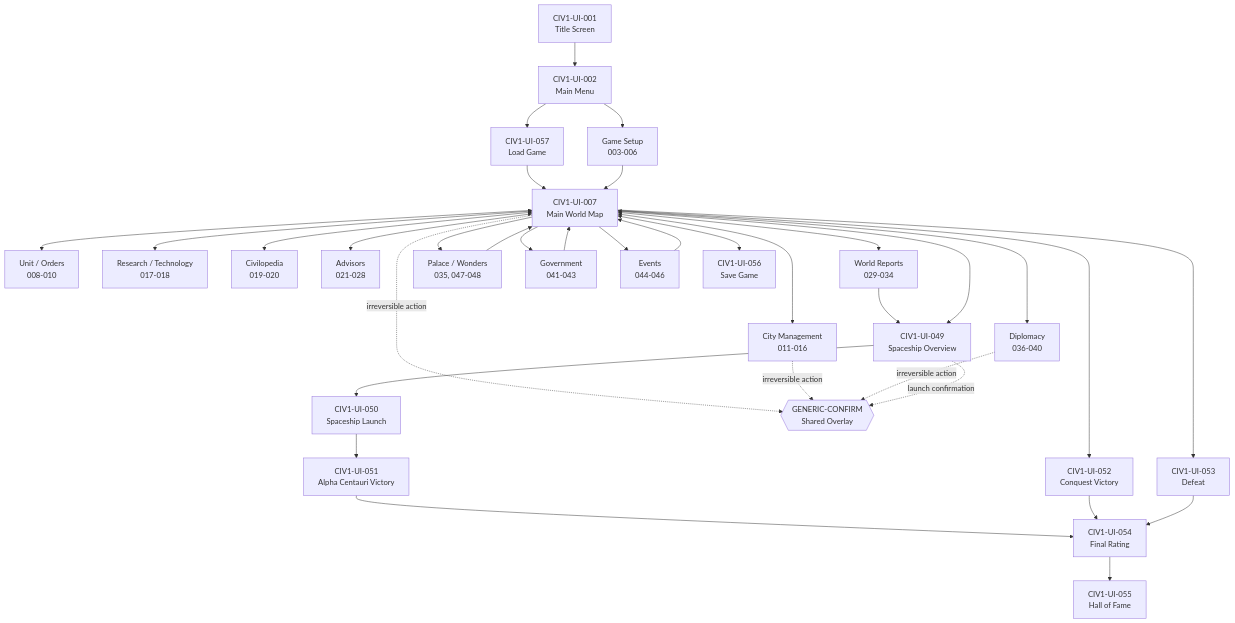
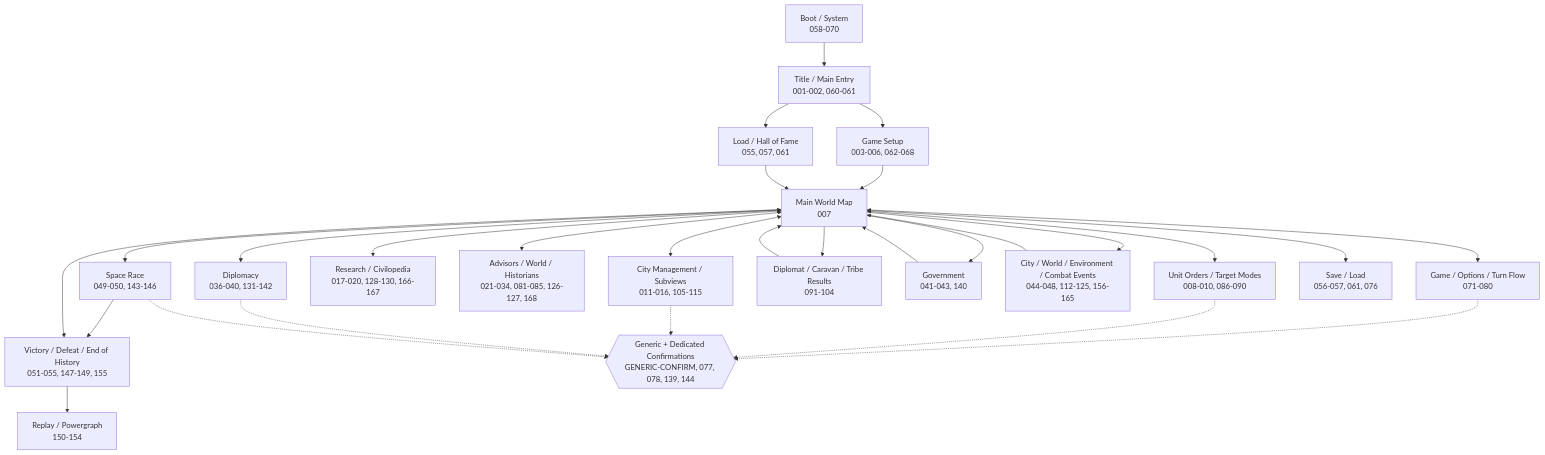
The first of 10 diagrams in docs/ui/civ1/SCENE_GRAPH.md (hasnocool/CivilizationClone), drawn with Mermaid before and after one commit. The commit also changed other lines of this file and 14 other files, not shown here.

````diff
--- a/docs/ui/civ1/SCENE_GRAPH.md
+++ b/docs/ui/civ1/SCENE_GRAPH.md
@@ -116,47 +64,35 @@
 ```mermaid
 flowchart TD
-    TITLE["CIV1-UI-001<br/>Title Screen"] --> MENU["CIV1-UI-002<br/>Main Menu"]
+    SYSTEM["Boot / System<br/>058-070"] --> ENTRY["Title / Main Entry<br/>001-002, 060-061"]
+    ENTRY --> SETUP["Game Setup<br/>003-006, 062-068"]
+    ENTRY --> LOAD["Load / Hall of Fame<br/>055, 057, 061"]
+    SETUP --> MAP["Main World Map<br/>007"]
+    LOAD --> MAP
 
-    MENU --> SETUP["Game Setup<br/>003-006"]
-    MENU --> LOAD["CIV1-UI-057<br/>Load Game"]
-    LOAD --> MAP
-    SETUP --> MAP["CIV1-UI-007<br/>Main World Map"]
+    MAP <--> GAMEMENU["Game / Options / Turn Flow<br/>071-080"]
+    MAP <--> UNITS["Unit Orders / Target Modes<br/>008-010, 086-090"]
+    MAP <--> CITY["City Management / Subviews<br/>011-016, 105-115"]
+    MAP <--> KNOWLEDGE["Research / Civilopedia<br/>017-020, 128-130, 166-167"]
+    MAP <--> REPORTS["Advisors / World / Historians<br/>021-034, 081-085, 126-127, 168"]
+    MAP <--> DIPLO["Diplomacy<br/>036-040, 131-142"]
+    MAP --> SPECIAL["Diplomat / Caravan / Tribe Results<br/>091-104"]
+    SPECIAL --> MAP
 
-    MAP <--> UNITS["Unit / Orders<br/>008-010"]
-    MAP <--> CITY["City Management<br/>011-016"]
-    MAP <--> RESEARCH["Research / Technology<br/>017-018"]
-    MAP <--> PEDIA["Civilopedia<br/>019-020"]
-    MAP <--> ADVISORS["Advisors<br/>021-028"]
-    MAP <--> REPORTS["World Reports<br/>029-034"]
-    MAP <--> DIPLO["Diplomacy<br/>036-040"]
-
-    MAP --> PALACE["Palace / Wonders<br/>035, 047-048"]
-    PALACE --> MAP
-
-    MAP --> GOV["Government<br/>041-043"]
+    MAP --> GOV["Government<br/>041-043, 140"]
     GOV --> MAP
-
-    MAP --> EVENTS["Events<br/>044-046"]
+    MAP --> EVENTS["City / World / Environment / Combat Events<br/>044-048, 112-125, 156-165"]
     EVENTS --> MAP
 
-    MAP <--> SAVE["CIV1-UI-056<br/>Save Game"]
+    MAP <--> SPACE["Space Race<br/>049-050, 143-146"]
+    SPACE --> END["Victory / Defeat / End of History<br/>051-055, 147-149, 155"]
+    MAP --> END
+    END --> REPLAY["Replay / Powergraph<br/>150-154"]
 
-    REPORTS --> SPACE["CIV1-UI-049<br/>Spaceship Overview"]
-    MAP --> SPACE
-    SPACE --> LAUNCH["CIV1-UI-050<br/>Spaceship Launch"]
-    LAUNCH --> SPACEWIN["CIV1-UI-051<br/>Alpha Centauri Victory"]
-
-    MAP --> CONQUEST["CIV1-UI-052<br/>Conquest Victory"]
-    MAP --> DEFEAT["CIV1-UI-053<br/>Defeat"]
-
-    SPACEWIN --> RATING["CIV1-UI-054<br/>Final Rating"]
-    CONQUEST --> RATING
-    DEFEAT --> RATING
-    RATING --> HOF["CIV1-UI-055<br/>Hall of Fame"]
-
-    CONFIRM{{"GENERIC-CONFIRM<br/>Shared Overlay"}}
-    MAP -. irreversible action .-> CONFIRM
-    CITY -. irreversible action .-> CONFIRM
-    DIPLO -. irreversible action .-> CONFIRM
-    SPACE -. launch confirmation .-> CONFIRM
+    MAP <--> SAVE["Save / Load<br/>056-057, 061, 076"]
+    CONFIRM{{"Generic + Dedicated Confirmations<br/>GENERIC-CONFIRM, 077, 078, 139, 144"}}
+    GAMEMENU -.-> CONFIRM
+    UNITS -.-> CONFIRM
+    CITY -.-> CONFIRM
+    DIPLO -.-> CONFIRM
+    SPACE -.-> CONFIRM
 ```
````
